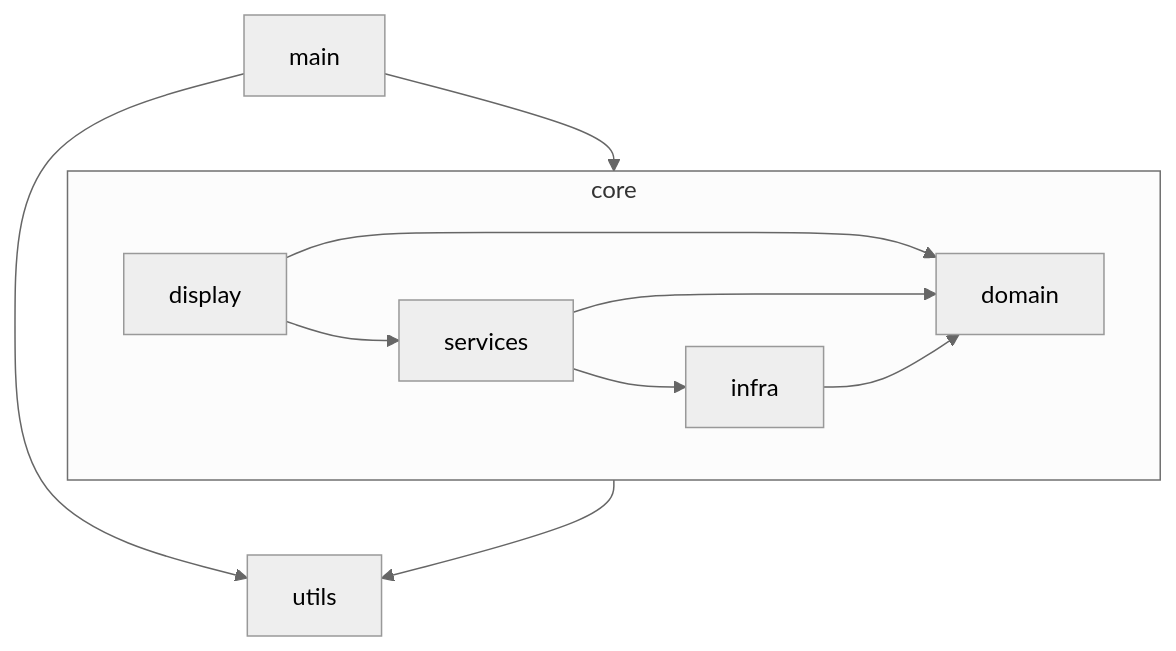
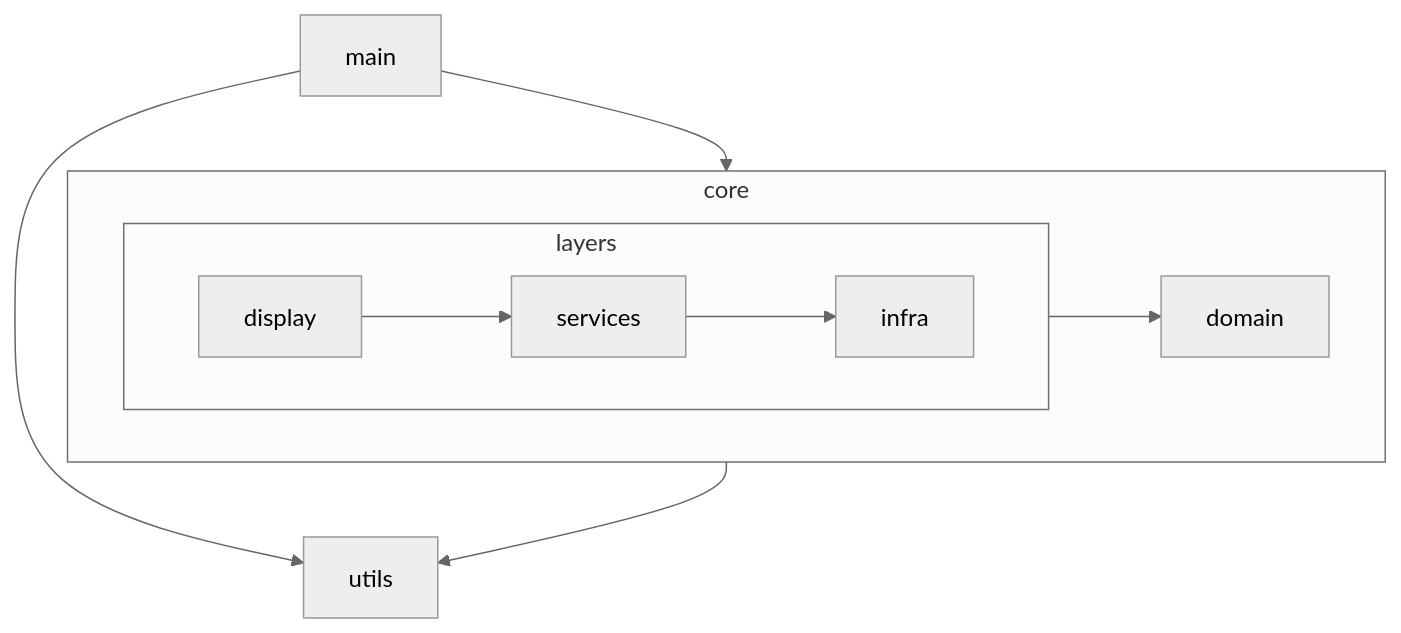
One commit to joaomelo/calystone changed the second of 3 diagrams in docs/DEVELOPMENT.md. Above: the diagram before and after it, drawn with Mermaid (neutral theme). The commit also changed 55 other files, not shown here.

Commit message:
wip: services move part of their business logic to domain

````diff
--- a/docs/DEVELOPMENT.md
+++ b/docs/DEVELOPMENT.md
@@ -27,20 +27,21 @@
 ```mermaid
 graph TD
   main
   subgraph core
     direction LR
-    display
-    services
-    infra
+    subgraph layers
+      direction LR
+      display
+      services
+      infra
+    end
     domain
   end
   utils
   main --> core
-  display --> domain
+  layers --> domain
   display --> services
-  services --> domain
   services --> infra
-  infra --> domain
   main --> utils
   core --> utils
 ```
````
